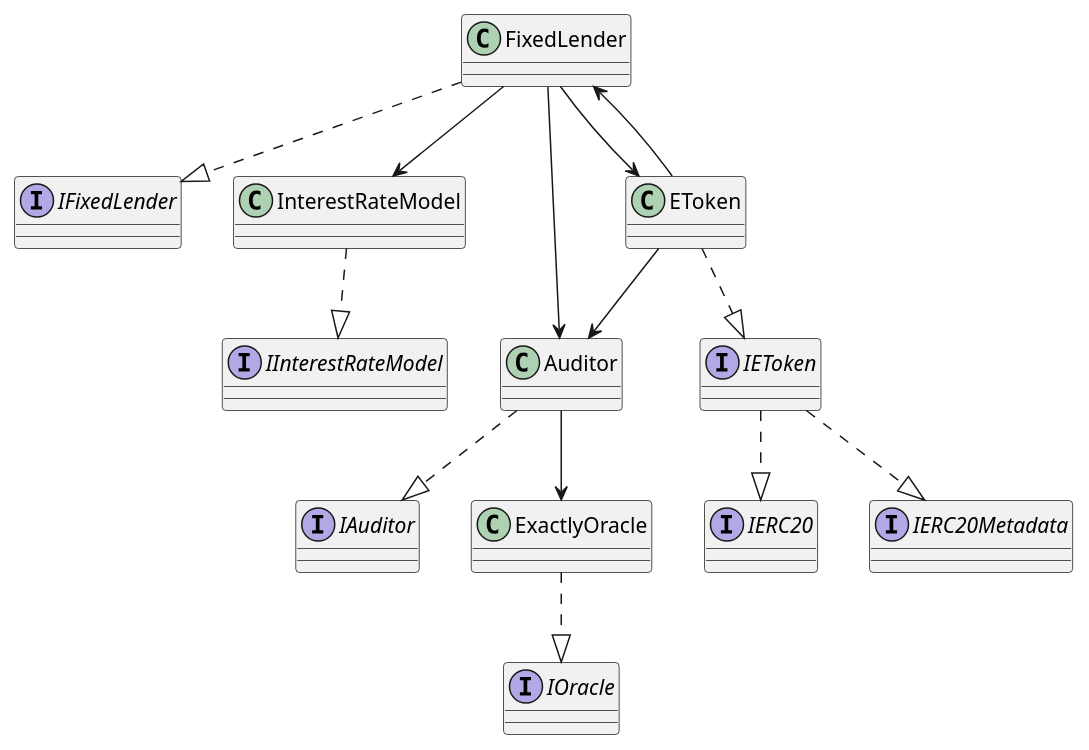
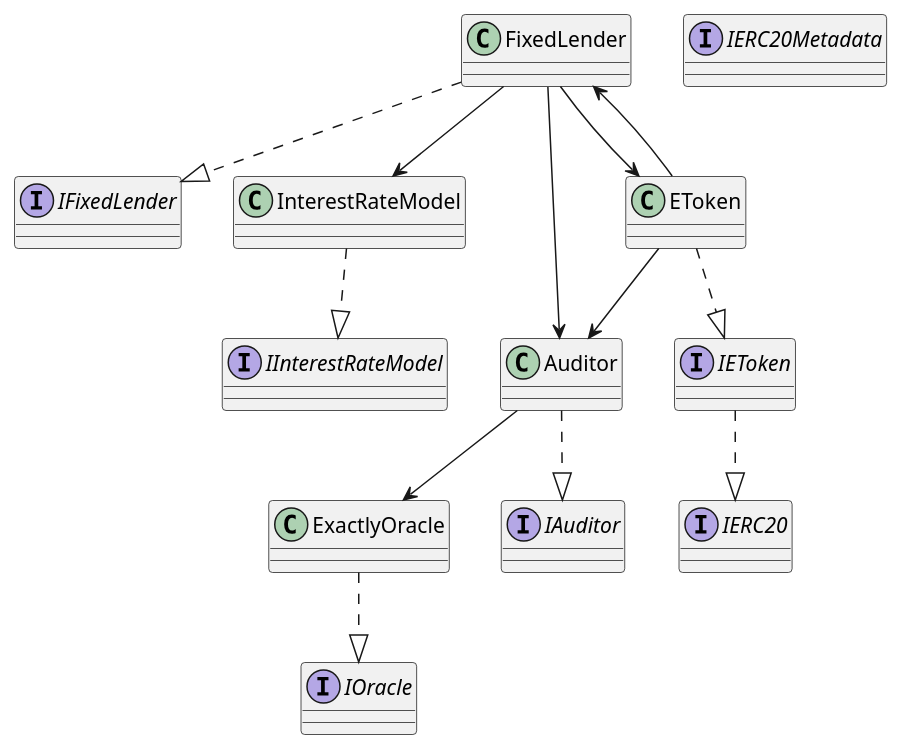
One commit to exactly/protocol changed the diagram in docs/architecture-diagram.rst. Above: the diagram before and after it, drawn with PlantUML. The commit also changed 2 other files, not shown here.

Commit message:
Fixed PR comments:
- edited ad-hoc-research and architecture diagram files
- modified tests from smart pool rewards to actually test accurate beforeTransferSP auditor function call

```diff
--- a/docs/architecture-diagram.rst
+++ b/docs/architecture-diagram.rst
@@ -5,42 +5,41 @@
 .. uml::
 
     @startuml
 
     interface IAuditor {
     }
     interface IFixedLender {
     }
     interface IInterestRateModel {
     }
     interface IEToken {
     }
     interface IERC20 {
     }
     interface IERC20Metadata {
     }
     interface IOracle {
     }
     class Auditor {
     }
     class FixedLender {
     }
     class InterestRateModel {
     }
     class EToken {
     }
 
     Auditor ..|> IAuditor
     EToken ..|> IEToken
     InterestRateModel ..|> IInterestRateModel
     ExactlyOracle ..|> IOracle
     IEToken ..|> IERC20
-    IEToken ..|> IERC20Metadata
     FixedLender ..|> IFixedLender
     FixedLender --> Auditor
     FixedLender --> InterestRateModel
     FixedLender --> EToken
     EToken --> FixedLender
     EToken --> Auditor
     Auditor --> ExactlyOracle
 
     @enduml
```
